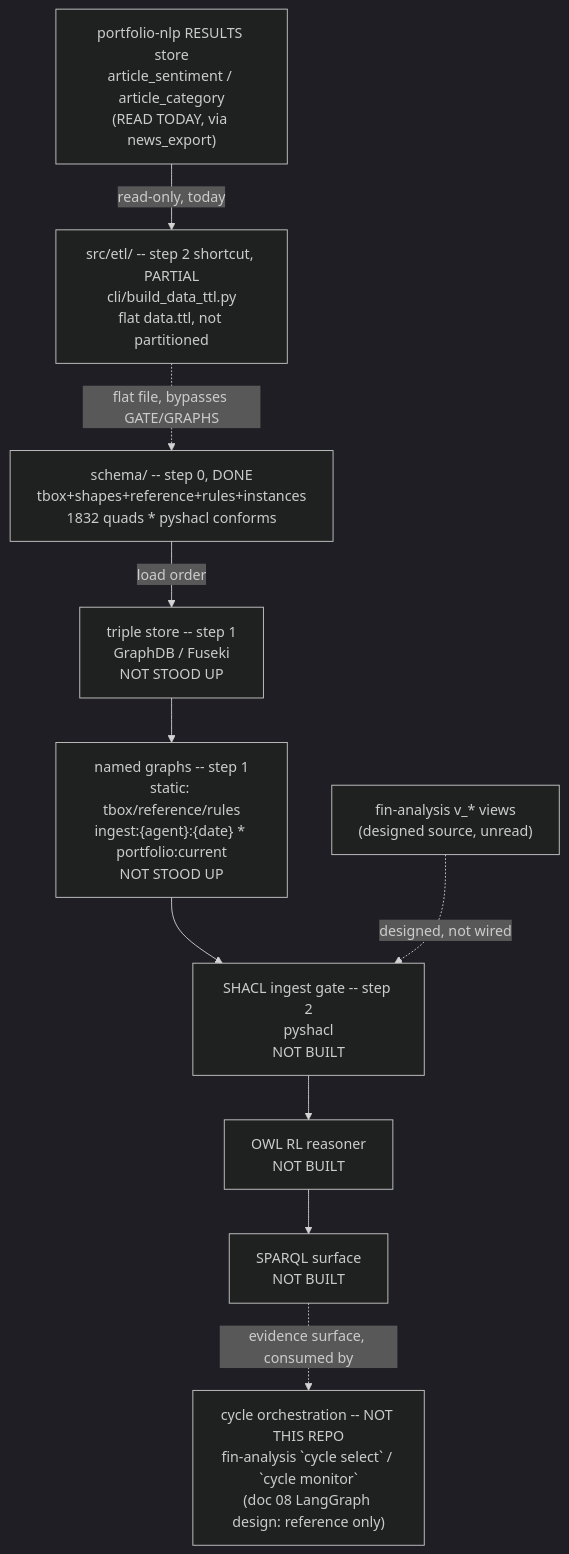
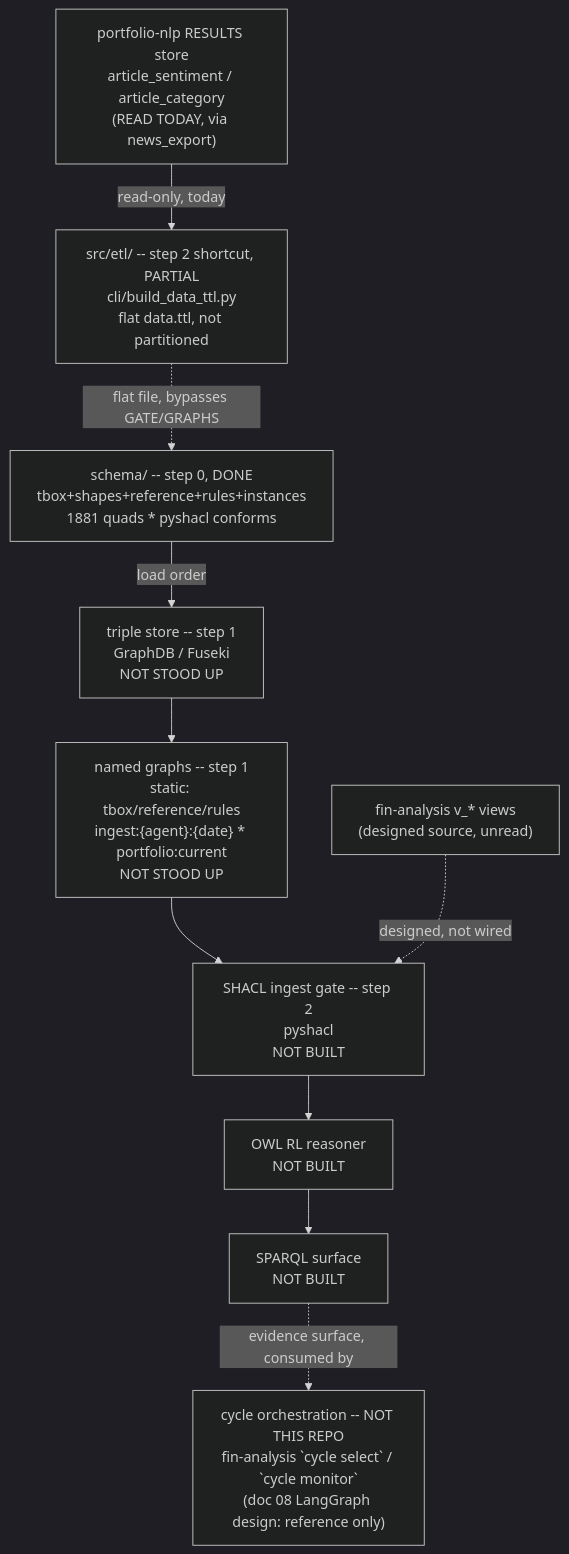
The diagram in .specify/memory/SPEC.md (gamug/portfolio-knowledge-graph), drawn with Mermaid (dark theme) before and after one commit. The commit also changed other lines of this file and 8 other files, not shown here.

Commit message:
fix(schema): address PR #35 review — dqRaisedOn, filing/metric/provenance links, HARD worked chain, class counts, docs/06 placement

````diff
--- a/.specify/memory/SPEC.md
+++ b/.specify/memory/SPEC.md
@@ -298,20 +298,20 @@
 ```mermaid
 flowchart TB
-    SCHEMA["schema/ -- step 0, DONE<br/>tbox+shapes+reference+rules+instances<br/>1832 quads * pyshacl conforms"]
+    SCHEMA["schema/ -- step 0, DONE<br/>tbox+shapes+reference+rules+instances<br/>1881 quads * pyshacl conforms"]
     STORE["triple store -- step 1<br/>GraphDB / Fuseki<br/>NOT STOOD UP"]
     GRAPHS["named graphs -- step 1<br/>static: tbox/reference/rules<br/>ingest:{agent}:{date} * portfolio:current<br/>NOT STOOD UP"]
     GATE["SHACL ingest gate -- step 2<br/>pyshacl<br/>NOT BUILT"]
     FIN["fin-analysis v_* views<br/>(designed source, unread)"]
     NLPRES["portfolio-nlp RESULTS store<br/>article_sentiment / article_category<br/>(READ TODAY, via news_export)"]
     ETL["src/etl/ -- step 2 shortcut, PARTIAL<br/>cli/build_data_ttl.py<br/>flat data.ttl, not partitioned"]
     REASON["OWL RL reasoner<br/>NOT BUILT"]
     SPARQL["SPARQL surface<br/>NOT BUILT"]
     AGENTS["cycle orchestration -- NOT THIS REPO<br/>fin-analysis `cycle select` / `cycle monitor`<br/>(doc 08 LangGraph design: reference only)"]
 
     SCHEMA -->|load order| STORE --> GRAPHS --> GATE
     FIN -.->|designed, not wired| GATE
     NLPRES -->|read-only, today| ETL
     ETL -.->|flat file, bypasses GATE/GRAPHS| SCHEMA
     GATE --> REASON --> SPARQL
     SPARQL -.->|evidence surface, consumed by| AGENTS
 ```
````
